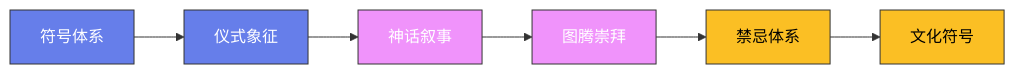
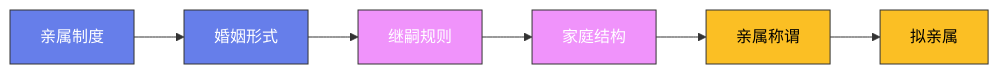
One commit to Fengur/Fengur.github.io changed the diagram in content/posts/ModelCreate/人类学/04-考古学简史.md. Above: the diagram before and after it, drawn with Mermaid. The commit also changed other lines of this file and 118 other files, not shown here.

````diff
--- a/content/posts/ModelCreate/人类学/04-考古学简史.md
+++ b/content/posts/ModelCreate/人类学/04-考古学简史.md
@@ -21,16 +20,16 @@
 ```mermaid
 graph LR
-    A["符号体系"] --> B["仪式象征"]
-    B --> C["神话叙事"]
-    C --> D["图腾崇拜"]
-    D --> E["禁忌体系"]
-    E --> F["文化符号"]
+    A["亲属制度"] --> B["婚姻形式"]
+    B --> C["继嗣规则"]
+    C --> D["家庭结构"]
+    D --> E["亲属称谓"]
+    E --> F["拟亲属"]
 
     classDef early fill:#667eea,stroke:#333,color:white
     classDef mid fill:#f093fb,stroke:#333,color:white
     classDef modern fill:#fbbf24,stroke:#333,color:black
 
     class A,B early
     class C,D mid
     class E,F modern
 ```
````
